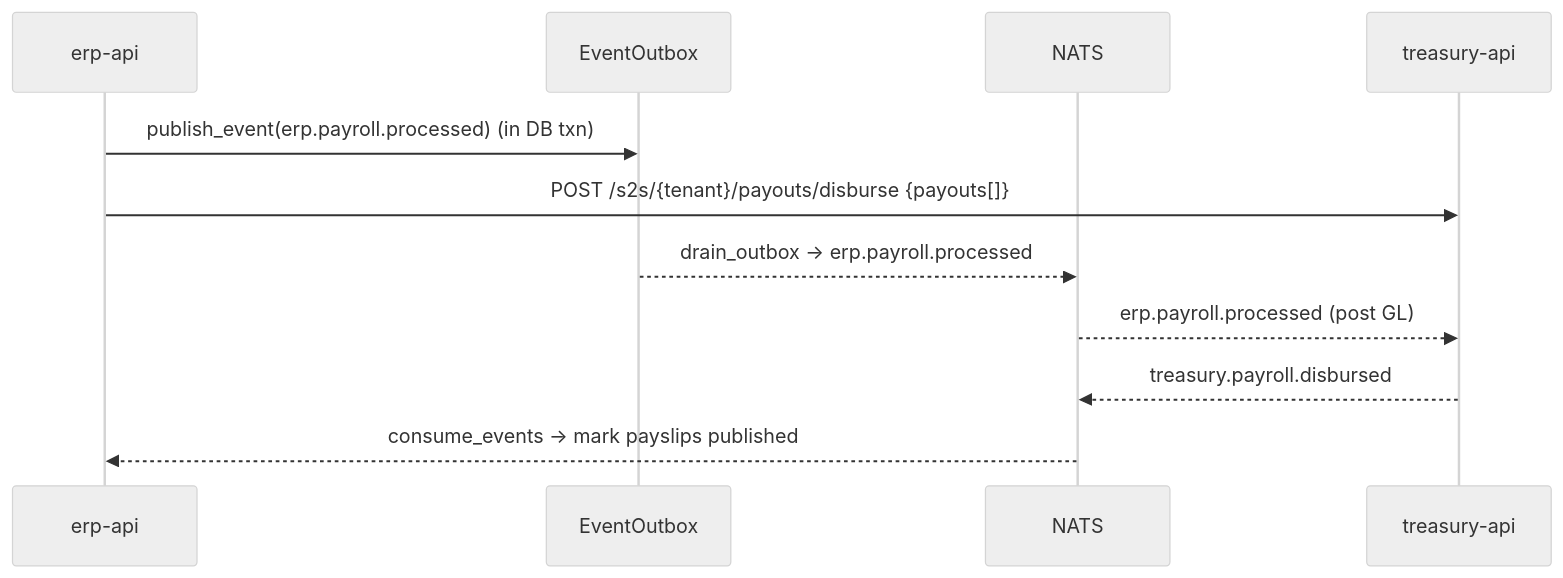
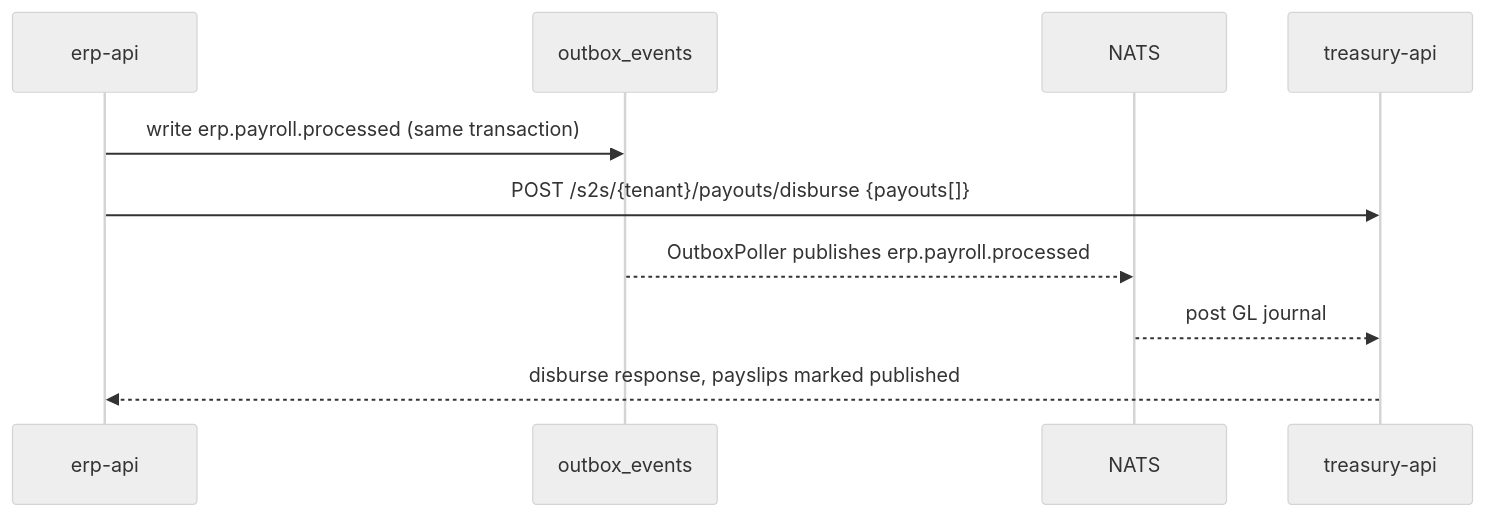
Before and after one commit to Bengo-Hub/erp-api: the second of 2 diagrams in docs/integrations.md, drawn with Mermaid (neutral theme). The commit also changed other lines of this file and 97 other files, not shown here.

````diff
--- a/docs/integrations.md
+++ b/docs/integrations.md
@@ -287,13 +248,12 @@
 ```mermaid
 sequenceDiagram
   participant ERP as erp-api
-  participant OB as EventOutbox
+  participant OB as outbox_events
   participant NATS
   participant TREAS as treasury-api
-  ERP->>OB: publish_event(erp.payroll.processed)  (in DB txn)
+  ERP->>OB: write erp.payroll.processed (same transaction)
   ERP->>TREAS: POST /s2s/{tenant}/payouts/disburse {payouts[]}
-  OB-->>NATS: drain_outbox -> erp.payroll.processed
-  NATS-->>TREAS: erp.payroll.processed (post GL)
-  TREAS-->>NATS: treasury.payroll.disbursed
-  NATS-->>ERP: consume_events -> mark payslips published
+  OB-->>NATS: OutboxPoller publishes erp.payroll.processed
+  NATS-->>TREAS: post GL journal
+  TREAS-->>ERP: disburse response, payslips marked published
 ```
````
